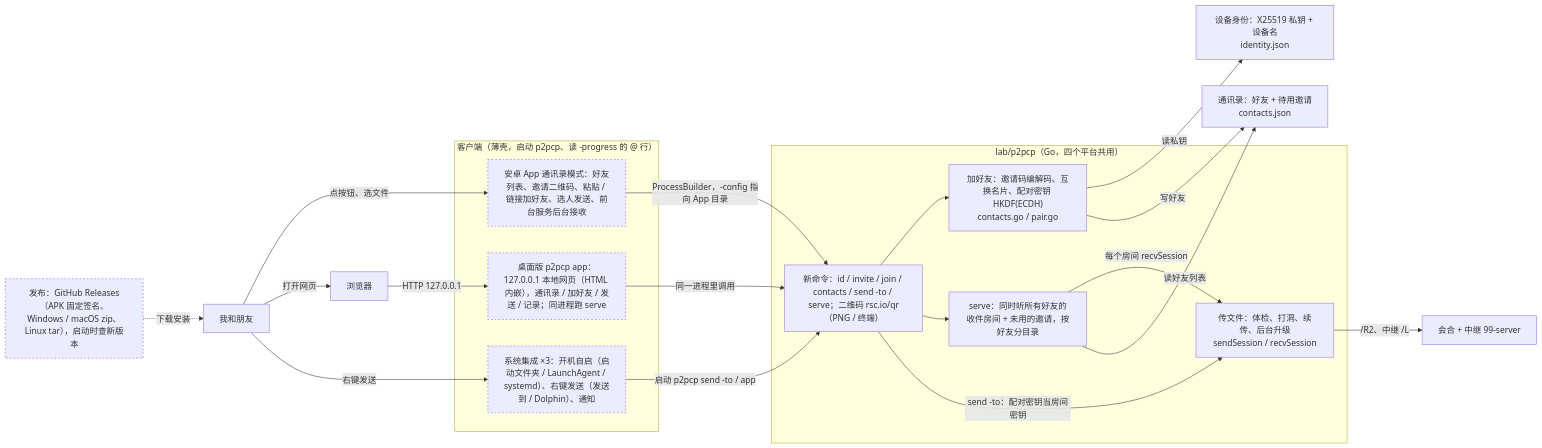
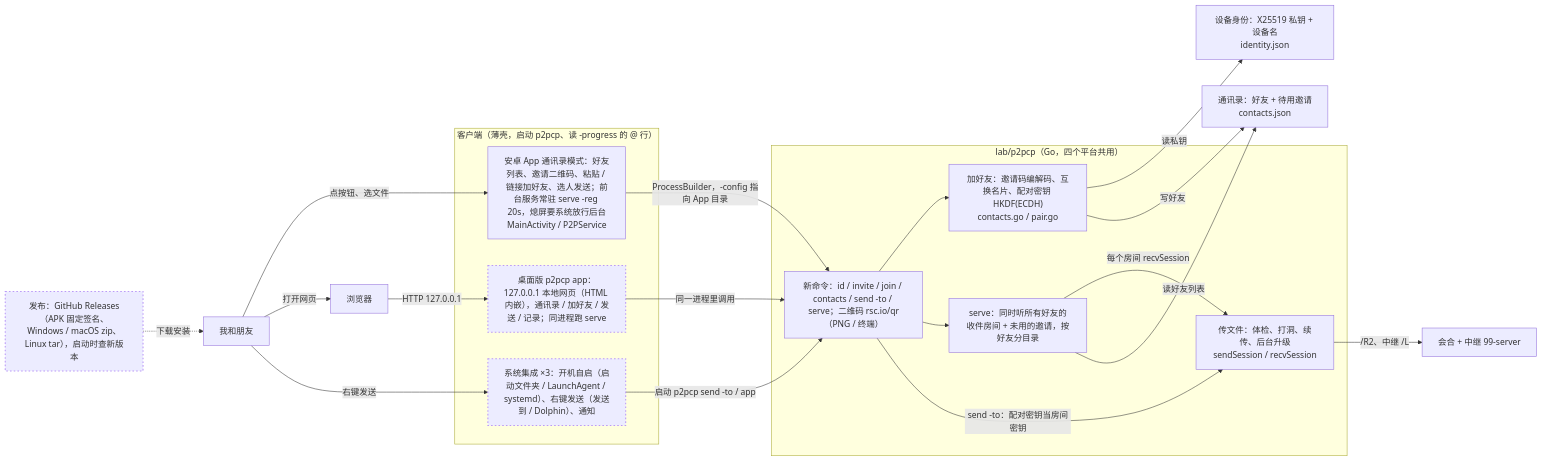
One commit to numb747/uu-remote-study changed the diagram in docs/arch/34-contacts.mmd. Above: the diagram before and after it, drawn with Mermaid. The commit also changed 3 other files, not shown here.

First line of the commit message:
架构设计：给朋友用的第 2 步落图，DESIGN 记下决策 19~21

```diff
--- a/docs/arch/34-contacts.mmd
+++ b/docs/arch/34-contacts.mmd
@@ -1,44 +1,45 @@
 flowchart LR
   me["我和朋友"]
   browser["浏览器"]
   subgraph clients["客户端（薄壳，启动 p2pcp、读 -progress 的 @ 行）"]
-    android["安卓 App 通讯录模式：好友列表、邀请二维码、粘贴 / 链接加好友、选人发送、前台服务后台接收"]:::planned
+    android["安卓 App 通讯录模式：好友列表、邀请二维码、粘贴 / 链接加好友、选人发送；前台服务常驻 serve -reg 20s，熄屏要系统放行后台<br/>MainActivity / P2PService"]
     webui["桌面版 p2pcp app：127.0.0.1 本地网页（HTML 内嵌），通讯录 / 加好友 / 发送 / 记录；同进程跑 serve"]:::planned
     osint["系统集成 ×3：开机自启（启动文件夹 / LaunchAgent / systemd）、右键发送（发送到 / Dolphin）、通知"]:::planned
   end
   subgraph core["lab/p2pcp（Go，四个平台共用）"]
     cli["新命令：id / invite / join / contacts / send -to / serve；二维码 rsc.io/qr（PNG / 终端）"]
     serve["serve：同时听所有好友的收件房间 + 未用的邀请，按好友分目录"]
     pair["加好友：邀请码编解码、互换名片、配对密钥 HKDF(ECDH)<br/>contacts.go / pair.go"]
     xfer["传文件：体检、打洞、续传、后台升级<br/>sendSession / recvSession"]
   end
   identity["设备身份：X25519 私钥 + 设备名<br/>identity.json"]
   store["通讯录：好友 + 待用邀请<br/>contacts.json"]
   rdv["会合 + 中继 99-server"]
   release["发布：GitHub Releases（APK 固定签名、Windows / macOS zip、Linux tar），启动时查新版本"]:::planned
 
   me -->|"点按钮、选文件"| android
   me -->|"打开网页"| browser
   browser -->|"HTTP 127.0.0.1"| webui
   me -->|"右键发送"| osint
   osint -->|"启动 p2pcp send -to / app"| cli
   android -->|"ProcessBuilder，-config 指向 App 目录"| cli
   webui -->|"同一进程里调用"| cli
   cli --> pair
   cli --> serve
   cli -->|"send -to：配对密钥当房间密钥"| xfer
   serve -->|"每个房间 recvSession"| xfer
   pair -->|"读私钥"| identity
   pair -->|"写好友"| store
   serve -->|"读好友列表"| store
   xfer -->|"/R2、中继 /L"| rdv
   release -.->|"下载安装"| me
 
 %% @src xfer lab/p2pcp/transfer.go func sendSession(
+%% @src android apps/android/src/dev/uulab/p2p/P2PService.java public class P2PService extends Service
 %% @src cli lab/p2pcp/main.go case "invite":
 %% @src serve lab/p2pcp/pair.go func serve(o opts)
 %% @src pair lab/p2pcp/contacts.go func pairSecret(
 %% @src rdv lab/punch/main.go func runServer
 %% @link pair 27-flow-pairing.mmd
 %% @link xfer 24-flow-p2pcp.mmd
 classDef planned stroke:#bb9af7,stroke-width:2px,stroke-dasharray:3 4
```
